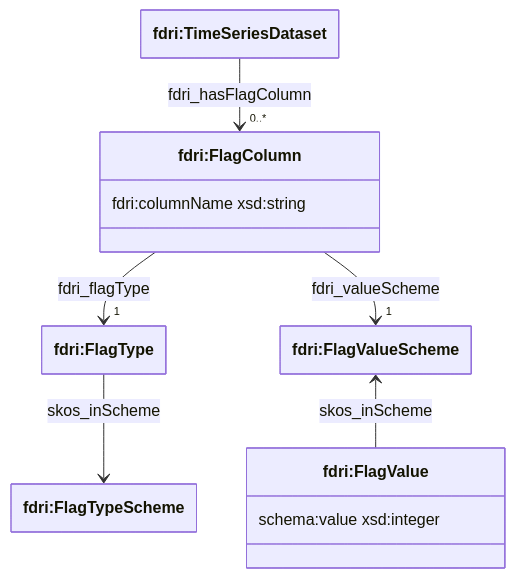
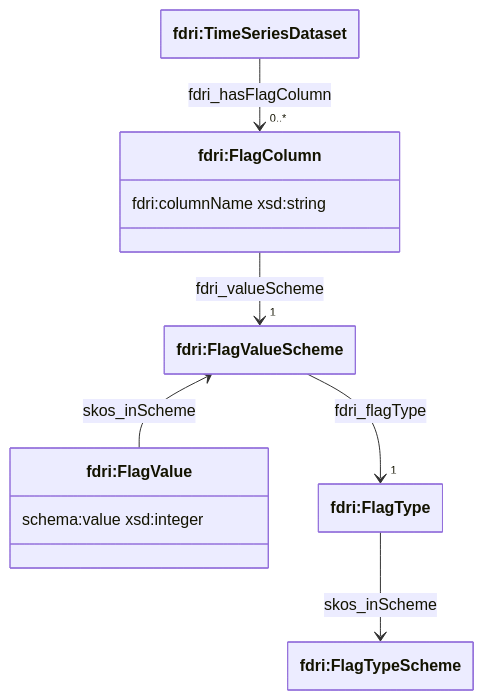
Before and after one commit to NERC-CEH/fdri-ontology: the diagram in doc/flag-columns.md, drawn with Mermaid. The commit also changed other lines of this file, not shown here.

````diff
--- a/doc/flag-columns.md
+++ b/doc/flag-columns.md
@@ -5,23 +5,23 @@
 ```mermaid
 ---
 config:
   class:
     hideEmptyMembersBox: true
 ---
 classDiagram
 class TS["fdri:TimeSeriesDataset"]
 class FlagCol["fdri:FlagColumn"] {
     fdri:columnName xsd:string
 }
 class FlagValue["fdri:FlagValue"] {
     schema:value xsd:integer
 }
 class FlagValueScheme["fdri:FlagValueScheme"]
 class FlagType["fdri:FlagType"]
 class FlagTypeScheme["fdri:FlagTypeScheme"]
 TS --> "0..*" FlagCol: fdri_hasFlagColumn
-FlagCol --> "1" FlagType: fdri_flagType
+FlagValueScheme --> "1" FlagType: fdri_flagType
 FlagCol --> "1" FlagValueScheme: fdri_valueScheme
 FlagValueScheme <-- FlagValue: skos_inScheme
 FlagType --> FlagTypeScheme: skos_inScheme
 ```
````
